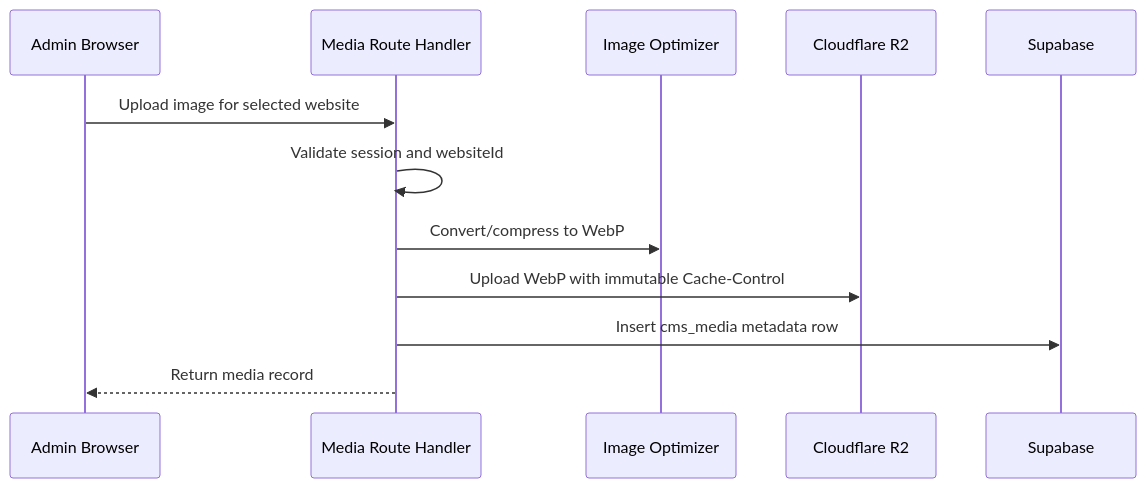
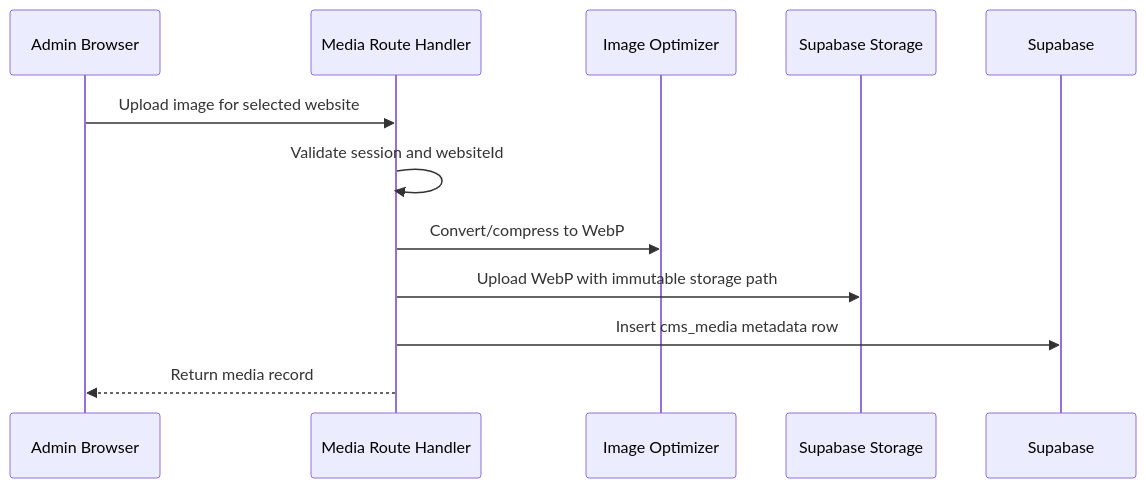
One commit to nisarhali2022/Admin-CMS changed the fourth of 6 diagrams in docs/ARCHITECTURE.md. Above: the diagram before and after it, drawn with Mermaid. The commit also changed other lines of this file and 78 other files, not shown here.

````diff
--- a/docs/ARCHITECTURE.md
+++ b/docs/ARCHITECTURE.md
@@ -106,15 +107,15 @@
 ```mermaid
 sequenceDiagram
   participant A as Admin Browser
   participant R as Media Route Handler
   participant I as Image Optimizer
-  participant R2 as Cloudflare R2
+  participant Storage as Supabase Storage
   participant DB as Supabase
 
   A->>R: Upload image for selected website
   R->>R: Validate session and websiteId
   R->>I: Convert/compress to WebP
-  R->>R2: Upload WebP with immutable Cache-Control
+  R->>Storage: Upload WebP with immutable storage path
   R->>DB: Insert cms_media metadata row
   R-->>A: Return media record
 ```
````
